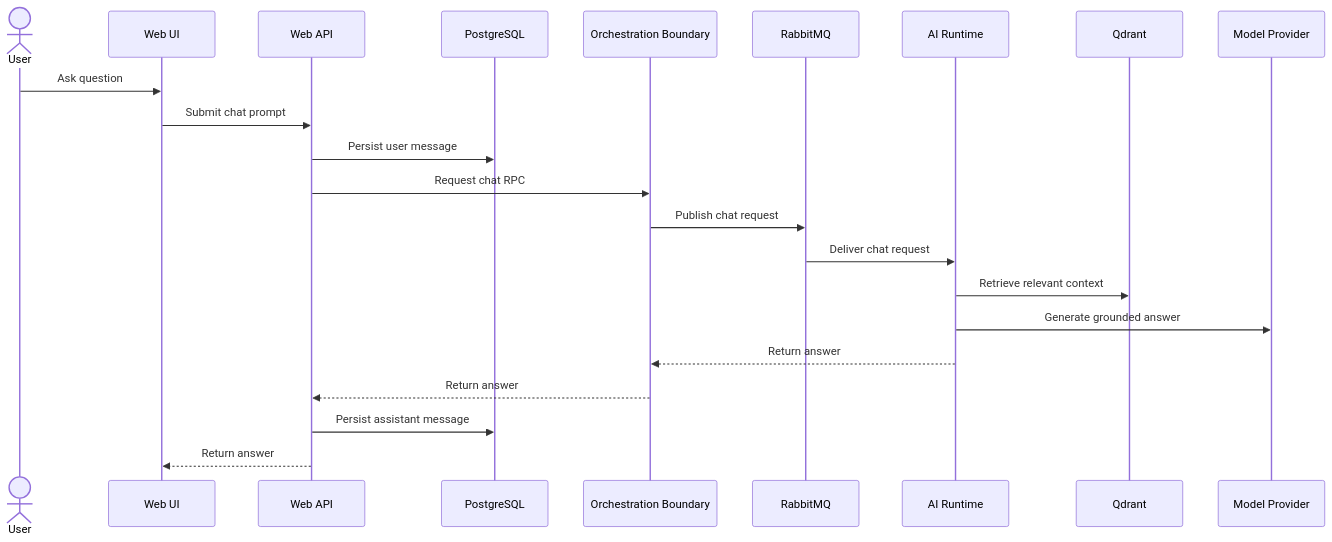
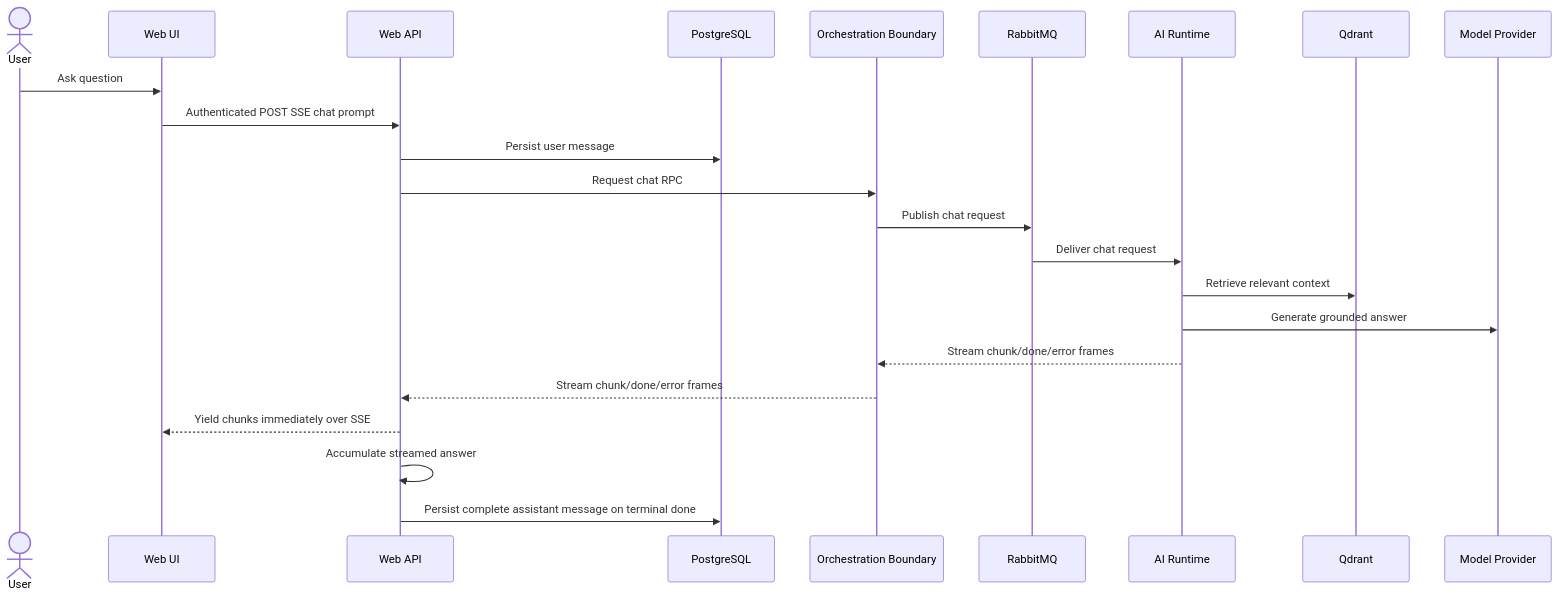
Before and after one commit to JakubMikolajek/CodePath-Web: the third of 5 diagrams in architecture.md, drawn with Mermaid. The commit also changed other lines of this file and 88 other files, not shown here.

````diff
--- a/architecture.md
+++ b/architecture.md
@@ -208,25 +221,26 @@
 ```mermaid
 sequenceDiagram
   actor User
   participant Web as Web UI
   participant Api as Web API
   participant Db as PostgreSQL
   participant Orch as Orchestration Boundary
   participant Queue as RabbitMQ
   participant Ai as AI Runtime
   participant Vector as Qdrant
   participant Llm as Model Provider
 
   User->>Web: Ask question
-  Web->>Api: Submit chat prompt
+  Web->>Api: Authenticated POST SSE chat prompt
   Api->>Db: Persist user message
   Api->>Orch: Request chat RPC
   Orch->>Queue: Publish chat request
   Queue->>Ai: Deliver chat request
   Ai->>Vector: Retrieve relevant context
   Ai->>Llm: Generate grounded answer
-  Ai-->>Orch: Return answer
-  Orch-->>Api: Return answer
-  Api->>Db: Persist assistant message
-  Api-->>Web: Return answer
+  Ai-->>Orch: Stream chunk/done/error frames
+  Orch-->>Api: Stream chunk/done/error frames
+  Api-->>Web: Yield chunks immediately over SSE
+  Api->>Api: Accumulate streamed answer
+  Api->>Db: Persist complete assistant message on terminal done
 ```
````
